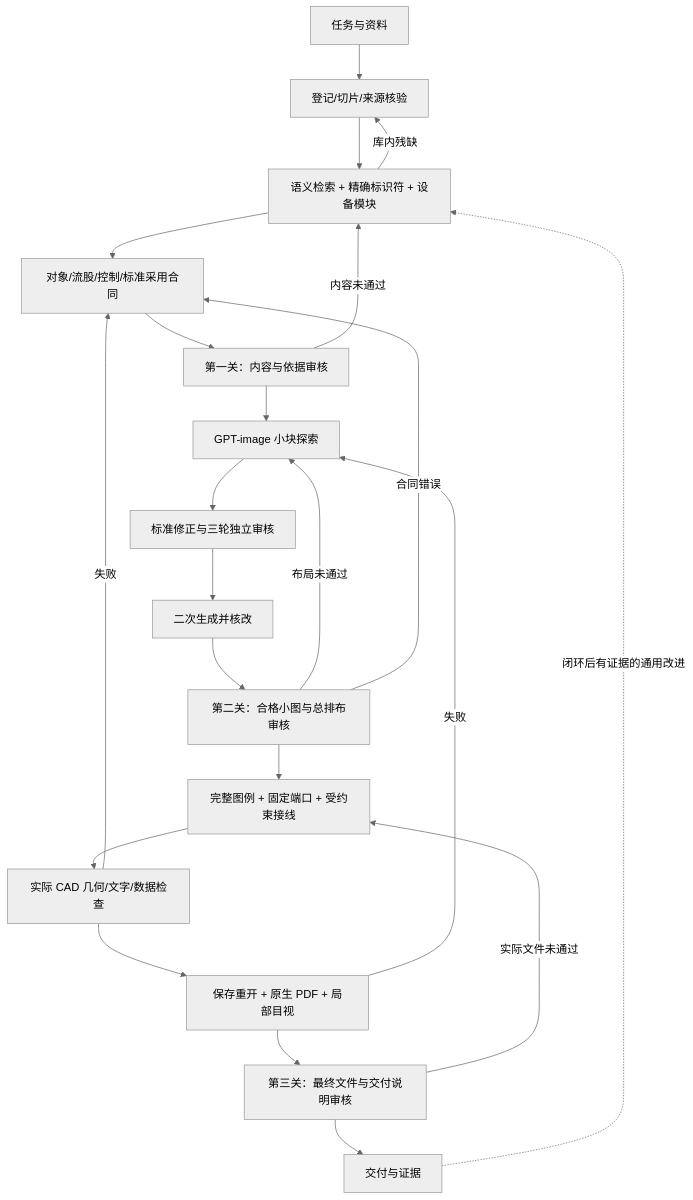
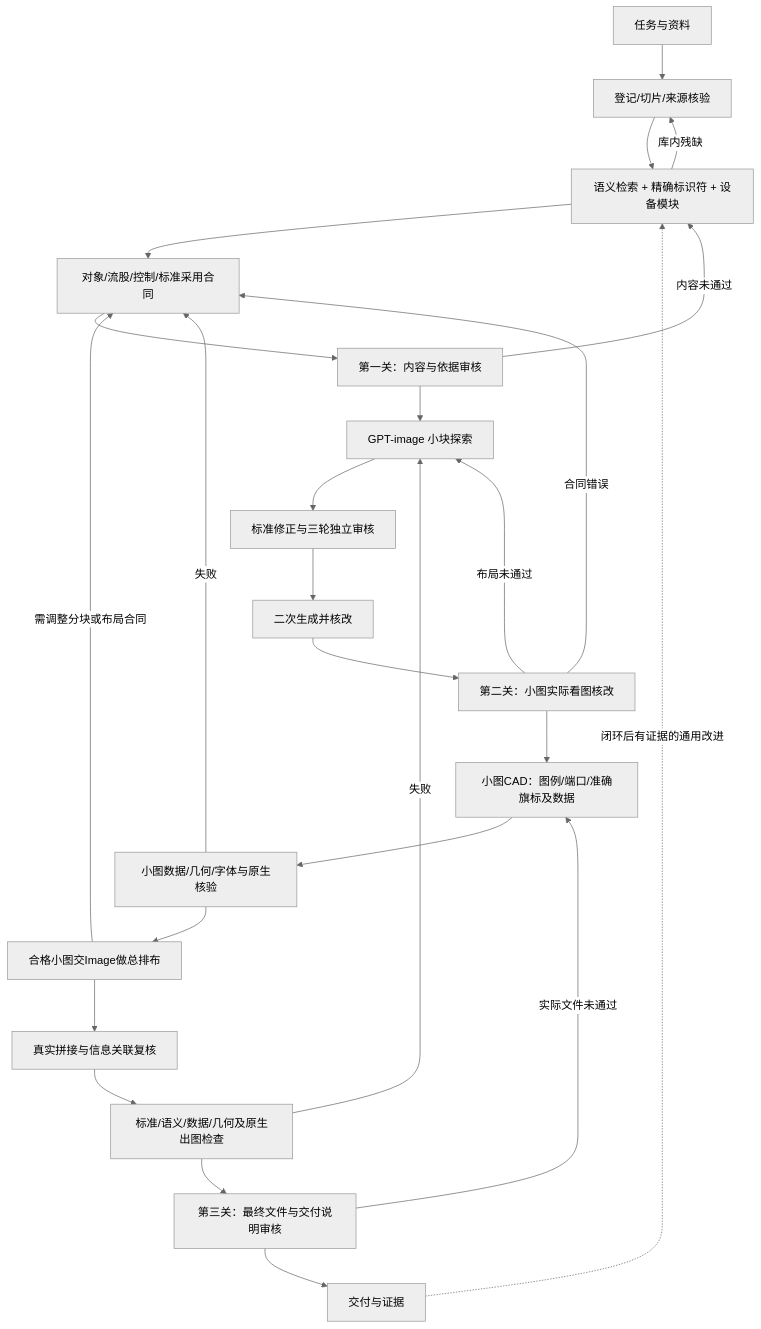
Before and after one commit to milklong888/gpt-image-chemical-pfd-pid: the diagram in README.md, drawn with Mermaid (neutral theme). The commit also changed 3 other files, not shown here.

````diff
--- a/README.md
+++ b/README.md
@@ -17,24 +17,27 @@
 ```mermaid
 flowchart TD
   A[任务与资料] --> B[登记/切片/来源核验]
   B --> C[语义检索 + 精确标识符 + 设备模块]
   C --> D[对象/流股/控制/标准采用合同]
   D --> R[第一关：内容与依据审核]
   R --> E[GPT-image 小块探索]
   E --> S[标准修正与三轮独立审核]
   S --> E2[二次生成并核改]
-  E2 --> Q[第二关：合格小图与总排布审核]
-  Q --> F[完整图例 + 固定端口 + 受约束接线]
-  F --> G[实际 CAD 几何/文字/数据检查]
-  G --> H[保存重开 + 原生 PDF + 局部目视]
+  E2 --> Q[第二关：小图实际看图核改]
+  Q --> F[小图CAD：图例/端口/准确旗标及数据]
+  F --> G[小图数据/几何/字体与原生核验]
+  G --> O[合格小图交Image做总排布]
+  O --> J[真实拼接与信息关联复核]
+  J --> H[标准/语义/数据/几何及原生出图检查]
   H --> V[第三关：最终文件与交付说明审核]
   V --> I[交付与证据]
   R -->|内容未通过| C
   Q -->|布局未通过| E
   Q -->|合同错误| D
+  O -->|需调整分块或布局合同| D
   V -->|实际文件未通过| F
   C -->|库内残缺| B
   G -->|失败| D
   H -->|失败| E
   I -.闭环后有证据的通用改进.-> C
 ```
````
